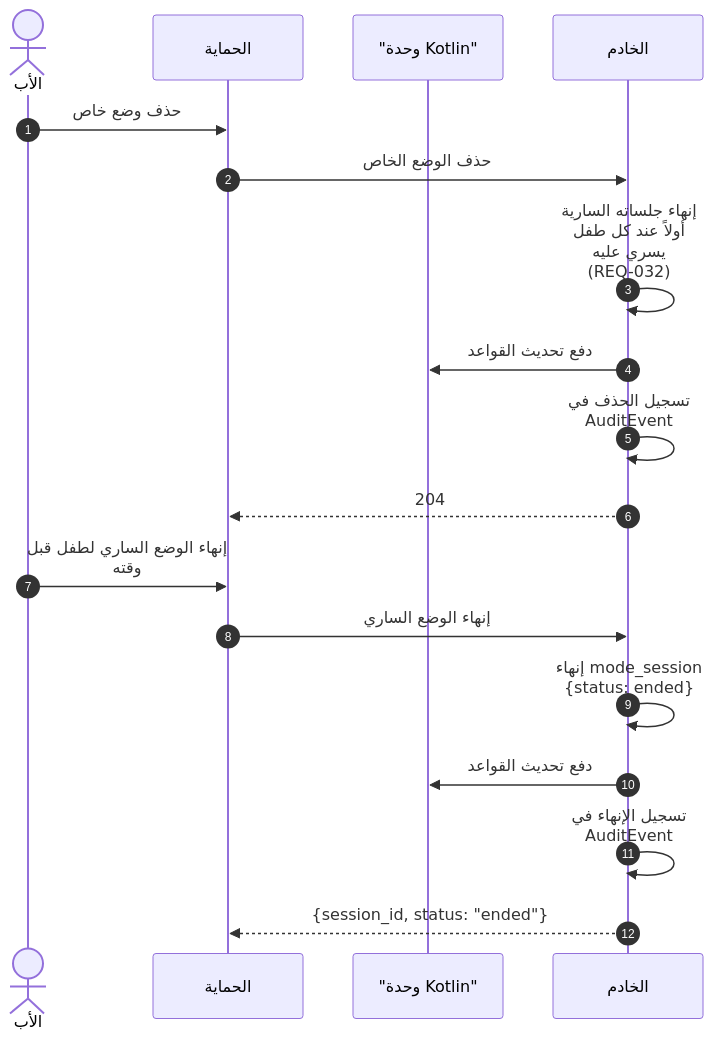
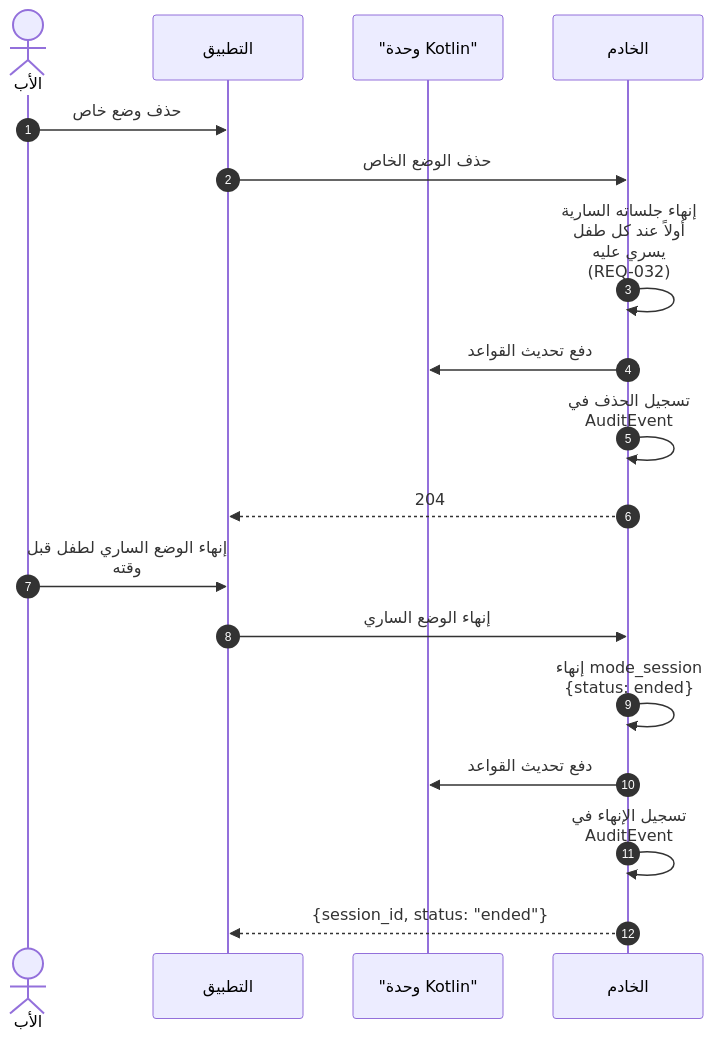
One commit to Bassam-mohammed-alqaeadi/family-os-v2 changed diagram 17 of 45 in docs/family-os/governance/phases/phase-1/S1-10-protection-and-enforcement/DIAGRAMS.md. Above: the diagram before and after it, drawn with Mermaid. The commit also changed other lines of this file, not shown here.

Commit message:
إغلاق الأسئلة (Q-439): S1-10 — S110 صار App في 3-ط/3-ك1/3-ك2 + أحكام كشف التعارض + تقصير 5-د/5-ز

````diff
--- a/docs/family-os/governance/phases/phase-1/S1-10-protection-and-enforcement/DIAGRAMS.md
+++ b/docs/family-os/governance/phases/phase-1/S1-10-protection-and-enforcement/DIAGRAMS.md
@@ -841,21 +841,21 @@
 ```mermaid
 %%{init: {"sequence": {"wrap": true}}}%%
 sequenceDiagram
     autonumber
     actor Father as الأب
-    participant S110 as الحماية
+    participant App as التطبيق
     participant K as "وحدة Kotlin"
     participant Ktor as الخادم
-    Father->>S110: حذف وضع خاص
-    S110->>Ktor: حذف الوضع الخاص
+    Father->>App: حذف وضع خاص
+    App->>Ktor: حذف الوضع الخاص
     Ktor->>Ktor: إنهاء جلساته السارية أولاً عند كل طفل يسري عليه (REQ-032)
     Ktor->>K: دفع تحديث القواعد
     Ktor->>Ktor: تسجيل الحذف في AuditEvent
-    Ktor-->>S110: 204
-    Father->>S110: إنهاء الوضع الساري لطفل قبل وقته
-    S110->>Ktor: إنهاء الوضع الساري
+    Ktor-->>App: 204
+    Father->>App: إنهاء الوضع الساري لطفل قبل وقته
+    App->>Ktor: إنهاء الوضع الساري
     Ktor->>Ktor: إنهاء mode_session {status: ended}
     Ktor->>K: دفع تحديث القواعد
     Ktor->>Ktor: تسجيل الإنهاء في AuditEvent
-    Ktor-->>S110: {session_id, status: "ended"}
+    Ktor-->>App: {session_id, status: "ended"}
 ```
````
